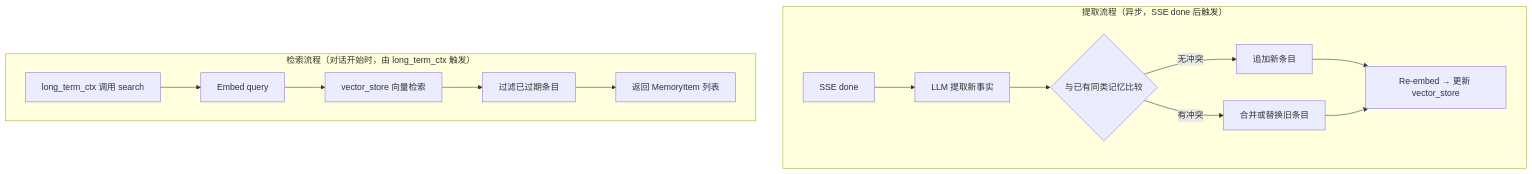
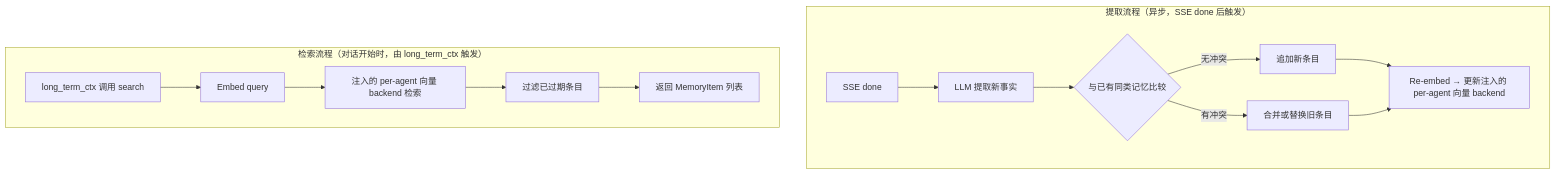
Before and after one commit to Summy2104/fleetent: the diagram in docs/capabilities/memory.md, drawn with Mermaid. The commit also changed other lines of this file and 20 other files, not shown here.

Commit message:
feat(memory): route vectors through agent backend

````diff
--- a/docs/capabilities/memory.md
+++ b/docs/capabilities/memory.md
@@ -45,18 +45,18 @@
 ```mermaid
 flowchart TD
     subgraph extract["提取流程（异步，SSE done 后触发）"]
         A[SSE done] --> B[LLM 提取新事实]
         B --> C{与已有同类记忆比较}
         C -->|无冲突| D[追加新条目]
         C -->|有冲突| E[合并或替换旧条目]
-        D --> F[Re-embed → 更新 vector_store]
+        D --> F[Re-embed → 更新注入的 per-agent 向量 backend]
         E --> F
     end
 
     subgraph search["检索流程（对话开始时，由 long_term_ctx 触发）"]
         G[long_term_ctx 调用 search] --> H[Embed query]
-        H --> I[vector_store 向量检索]
+        H --> I[注入的 per-agent 向量 backend 检索]
         I --> J[过滤已过期条目]
         J --> K[返回 MemoryItem 列表]
     end
 ```
````
